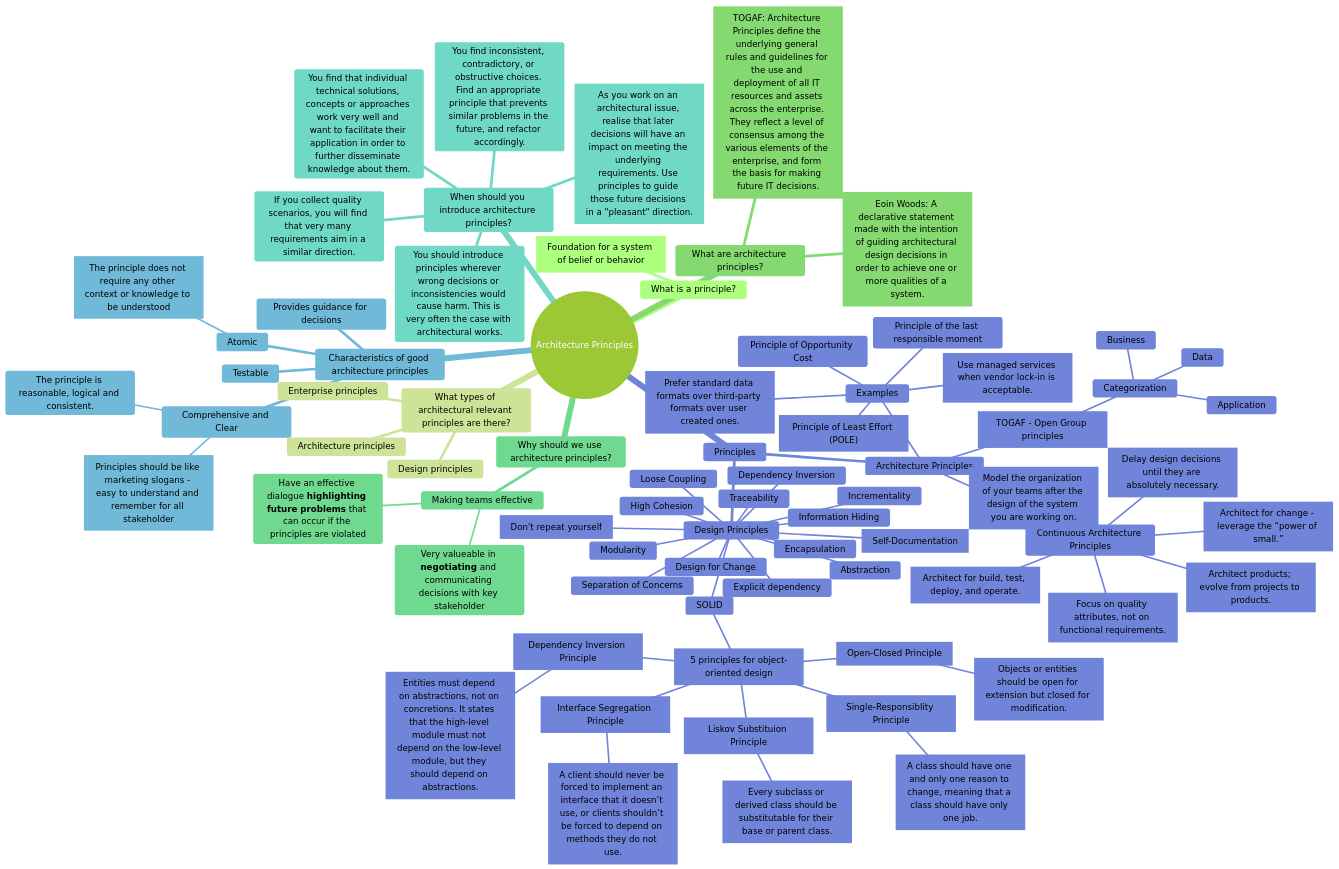
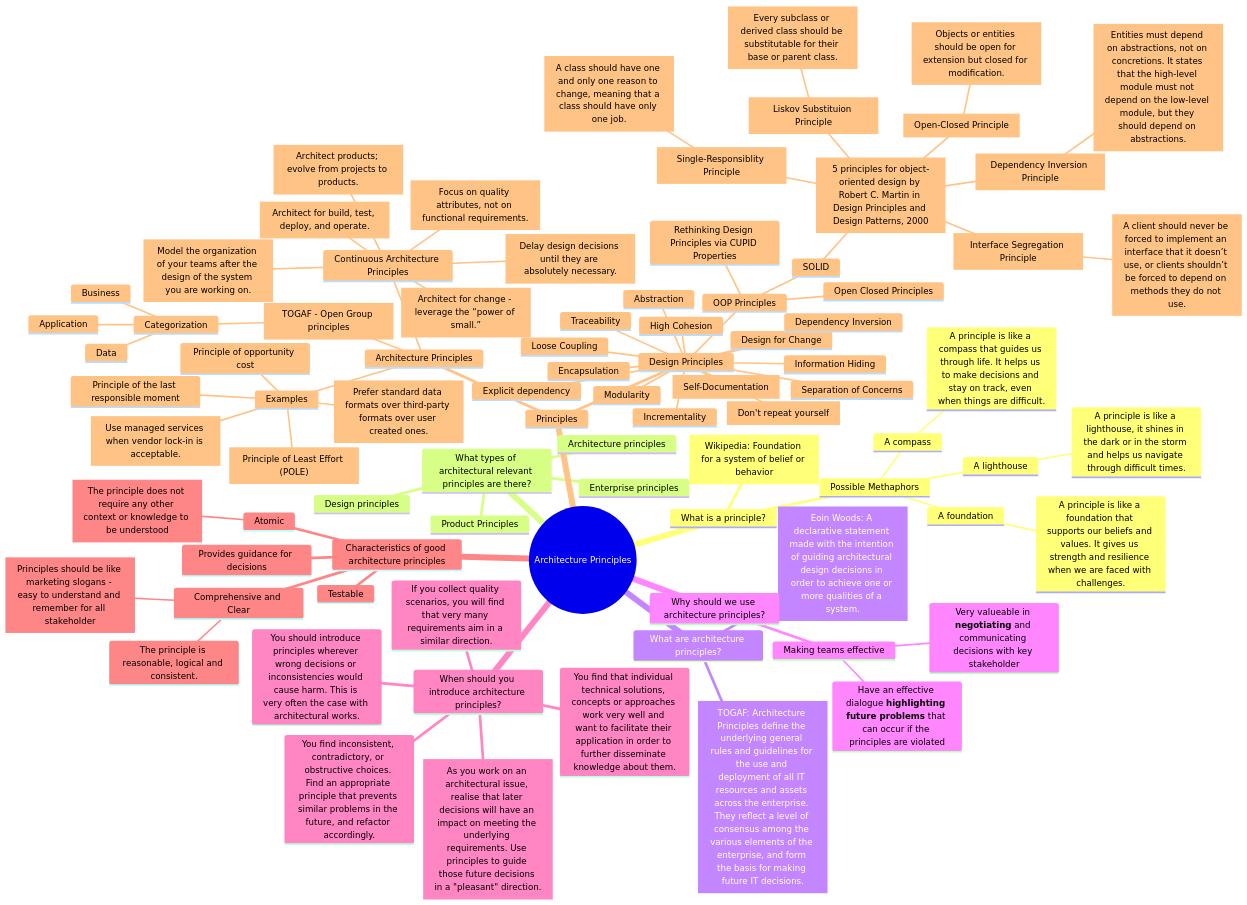
The second of 2 diagrams in README.md (bitsmuggler/software-architecture-principles), drawn with Mermaid before and after one commit. The commit also changed other lines of this file, not shown here.

````diff
--- a/README.md
+++ b/README.md
@@ -57,12 +25,20 @@
 ``` mermaid
 
-%%{init: {'theme': 'forest', "flowchart" : { "curve" : "basis" } } }%%
+%%{init: {'theme': 'black', "flowchart" : { "curve" : "basis" } } }%%
 
 mindmap
   root((Architecture Principles))
     What is a principle?
-        ["Foundation for a system of belief or behavior"]
+        Possible Methaphors
+            A compass
+                A principle is like a compass that guides us through life. It helps us to make decisions and stay on track, even when things are difficult.
+            A foundation
+                A principle is like a foundation that supports our beliefs and values. It gives us strength and resilience when we are faced with challenges.
+            A lighthouse
+                A principle is like a lighthouse, it shines in the dark or in the storm and helps us navigate through difficult times.
+        ["Wikipedia: Foundation for a system of belief or behavior"]
     What types of architectural relevant principles are there?
+        Product Principles
         Enterprise principles
         Architecture principles
         Design principles
@@ -105,21 +81,9 @@
                 [Use managed services when vendor lock-in is acceptable.]
                 [Prefer standard data formats over third-party formats over user created ones.]
                 ["Principle of Least Effort (POLE)"]
-                Principle of Opportunity Cost
+                Principle of opportunity cost
                 Principle of the last responsible moment
         Design Principles
-            SOLID
-                [5 principles for object-oriented design]
-                    [Single-Responsiblity Principle]
-                        [A class should have one and only one reason to change, meaning that a class should have only one job.]
-                    [Open-Closed Principle]
-                        [Objects or entities should be open for extension but closed for modification.]
-                    [Liskov Substituion Principle]
-                        [Every subclass or derived class should be substitutable for their base or parent class.]
-                    [Interface Segregation Principle]
-                        [A client should never be forced to implement an interface that it doesn’t use, or clients shouldn’t be forced to depend on methods they do not use.]
-                    [Dependency Inversion Principle]
-                        [Entities must depend on abstractions, not on concretions. It states that the high-level module must not depend on the low-level module, but they should depend on abstractions.]
             Loose Coupling
             High Cohesion
             Design for Change
@@ -134,4 +98,19 @@
             [Don't repeat yourself]
             Dependency Inversion
             Explicit dependency
+            OOP Principles
+                Rethinking Design Principles via CUPID Properties
+                Open Closed Principles
+                SOLID
+                    [5 principles for object-oriented design by Robert C. Martin in Design Principles and Design Patterns, 2000]
+                        [Single-Responsiblity Principle]
+                            [A class should have one and only one reason to change, meaning that a class should have only one job.]
+                        [Open-Closed Principle]
+                            [Objects or entities should be open for extension but closed for modification.]
+                        [Liskov Substituion Principle]
+                            [Every subclass or derived class should be substitutable for their base or parent class.]
+                        [Interface Segregation Principle]
+                            [A client should never be forced to implement an interface that it doesn’t use, or clients shouldn’t be forced to depend on methods they do not use.]
+                        [Dependency Inversion Principle]
+                            [Entities must depend on abstractions, not on concretions. It states that the high-level module must not depend on the low-level module, but they should depend on abstractions.]
 ```
````
